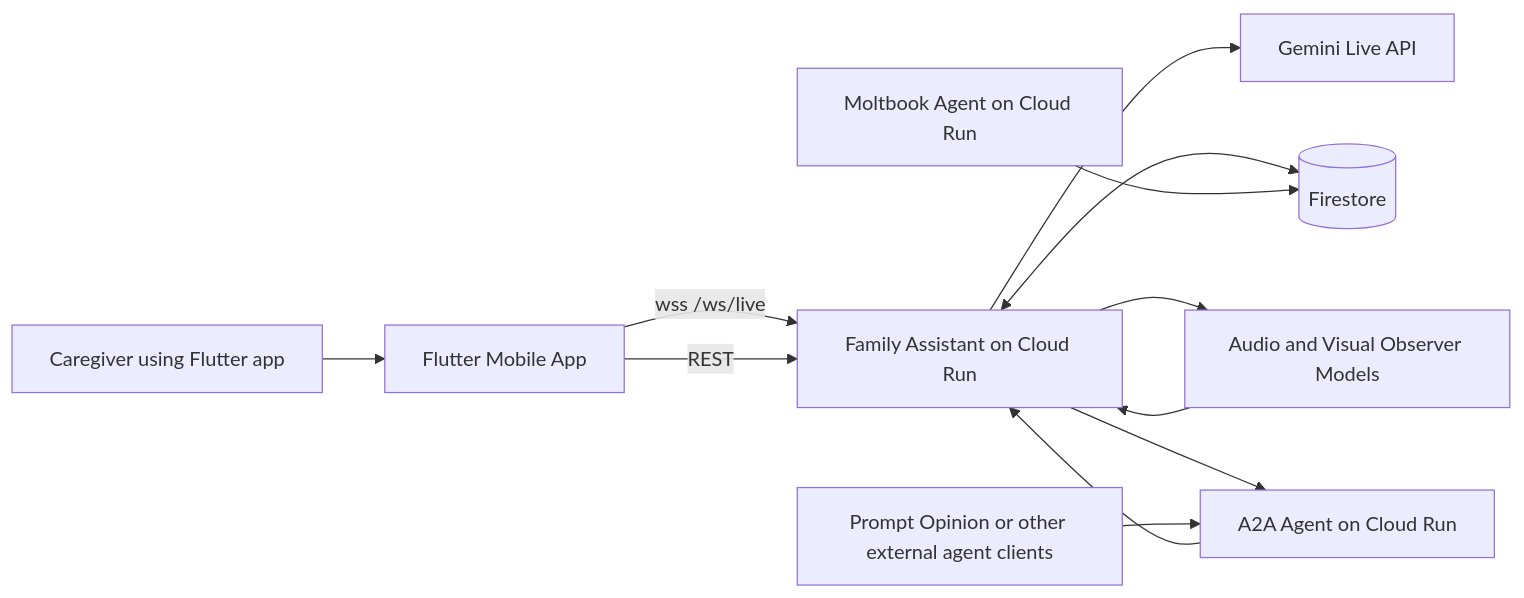
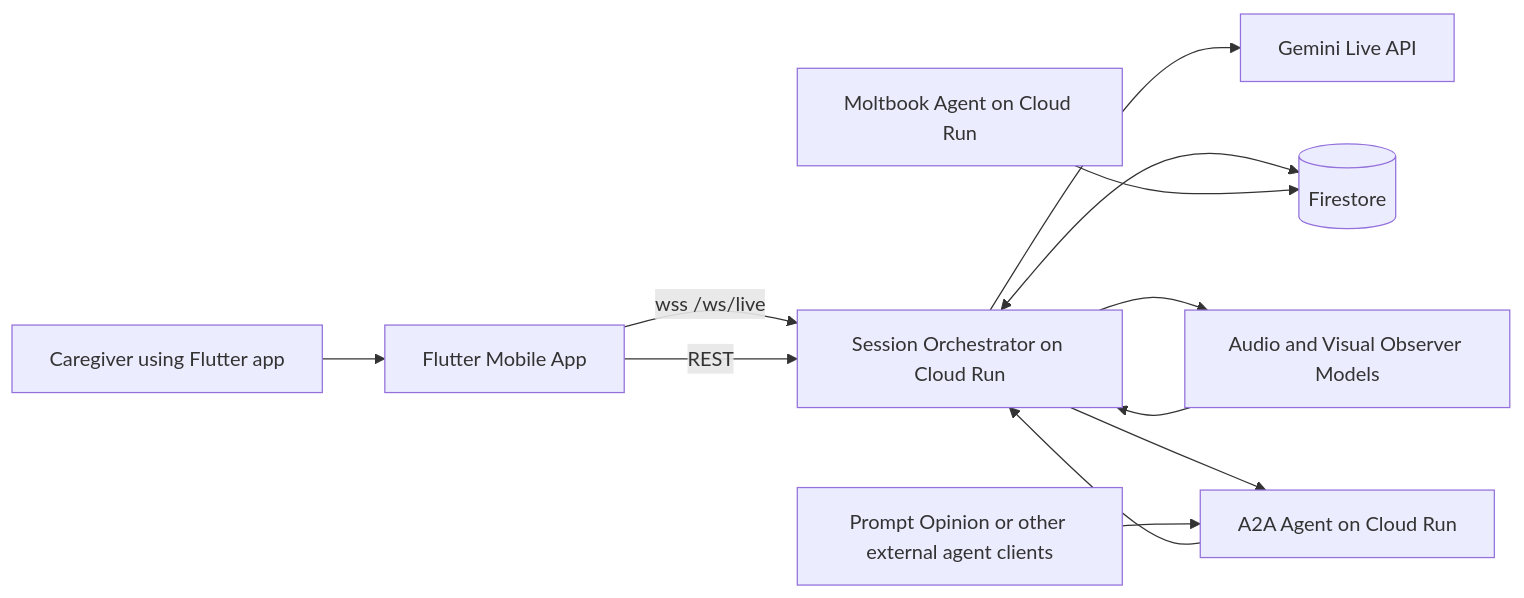
The first of 4 diagrams in README.md (Psianturi/neuro-decode), drawn with Mermaid before and after one commit. The commit also changed other lines of this file and 1 other file, not shown here.

````diff
--- a/README.md
+++ b/README.md
@@ -32,18 +32,18 @@
 ```mermaid
 flowchart LR
     User[Caregiver using Flutter app] --> App[Flutter Mobile App]
 
-    App -->|wss /ws/live| FA[Family Assistant on Cloud Run]
+    App -->|wss /ws/live| FA[Session Orchestrator on Cloud Run]
     App -->|REST| FA
 
     FA --> Gemini[Gemini Live API]
     FA <--> Firestore[(Firestore)]
     FA --> Observer[Audio and Visual Observer Models]
     FA --> A2A[A2A Agent on Cloud Run]
 
     Moltbook[Moltbook Agent on Cloud Run] --> Firestore
     PromptOpinion[Prompt Opinion or other external agent clients] --> A2A
 
     Observer --> FA
     A2A --> FA
 ```
````
